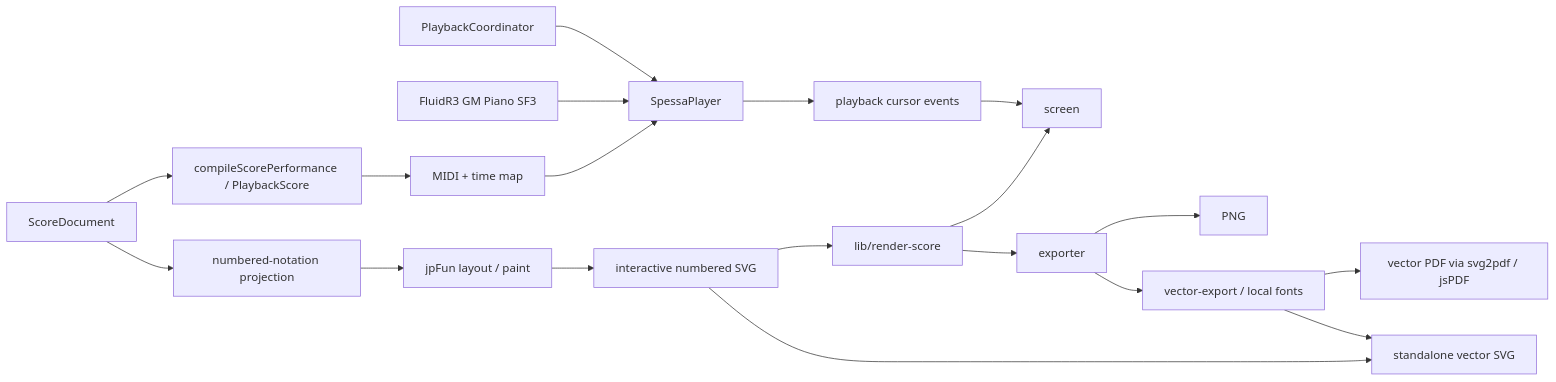
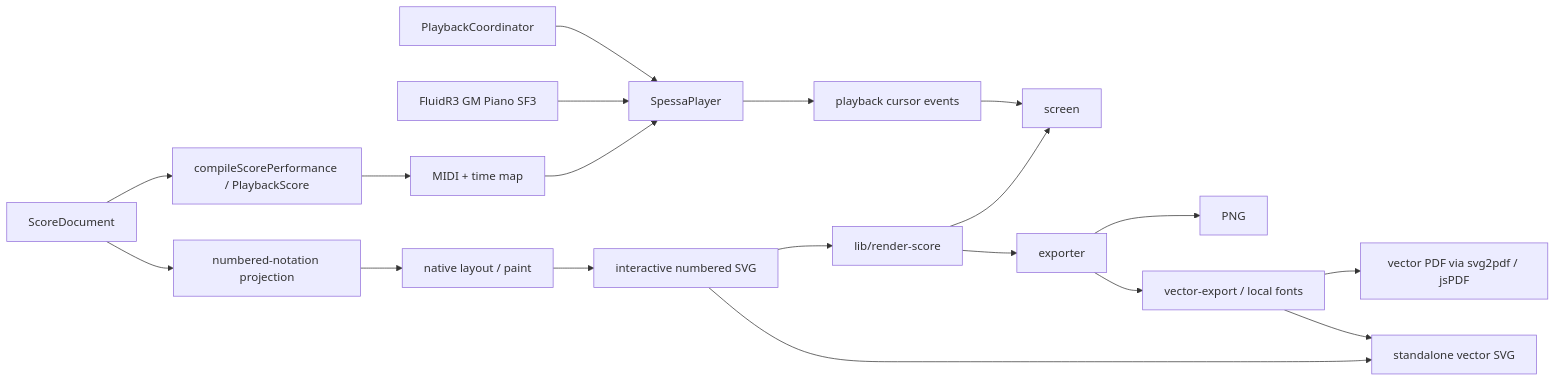
One commit to huazhechen/m3n changed the fourth of 5 diagrams in docs/CODEGRAPH.md. Above: the diagram before and after it, drawn with Mermaid. The commit also changed other lines of this file and 285 other files, not shown here.

````diff
--- a/docs/CODEGRAPH.md
+++ b/docs/CODEGRAPH.md
@@ -124,21 +122,21 @@
 ```mermaid
 flowchart LR
   document["ScoreDocument"] --> adapter["numbered-notation projection"]
-  adapter --> jpfun["jpFun layout / paint"]
-  jpfun --> numberedSvg["interactive numbered SVG"]
+  adapter --> native["native layout / paint"]
+  native --> numberedSvg["interactive numbered SVG"]
   numberedSvg --> renderService["lib/render-score"]
   renderService --> screen
   renderService --> exporter
   numberedSvg --> vector["standalone vector SVG"]
   document --> performance["compileScorePerformance / PlaybackScore"]
   performance --> midi["MIDI + time map"]
   midi --> player["SpessaPlayer"]
   soundfont["FluidR3 GM Piano SF3"] --> player
   coordinator["PlaybackCoordinator"] --> player
   player --> cursor["playback cursor events"]
   cursor --> screen
   exporter --> png["PNG"]
   exporter --> outlines["vector-export / local fonts"]
   outlines --> pdf["vector PDF via svg2pdf / jsPDF"]
   outlines --> vector
 ```
````
